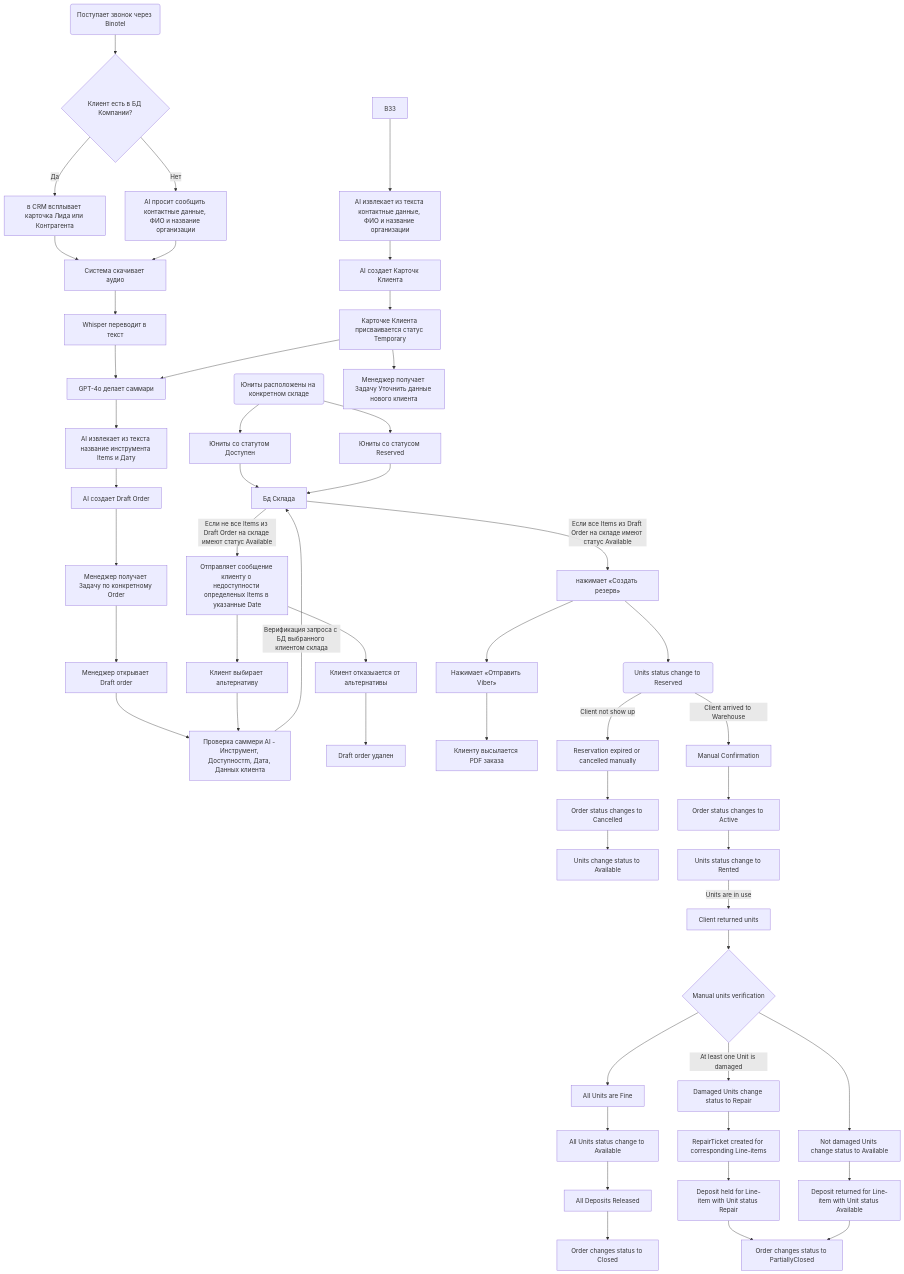
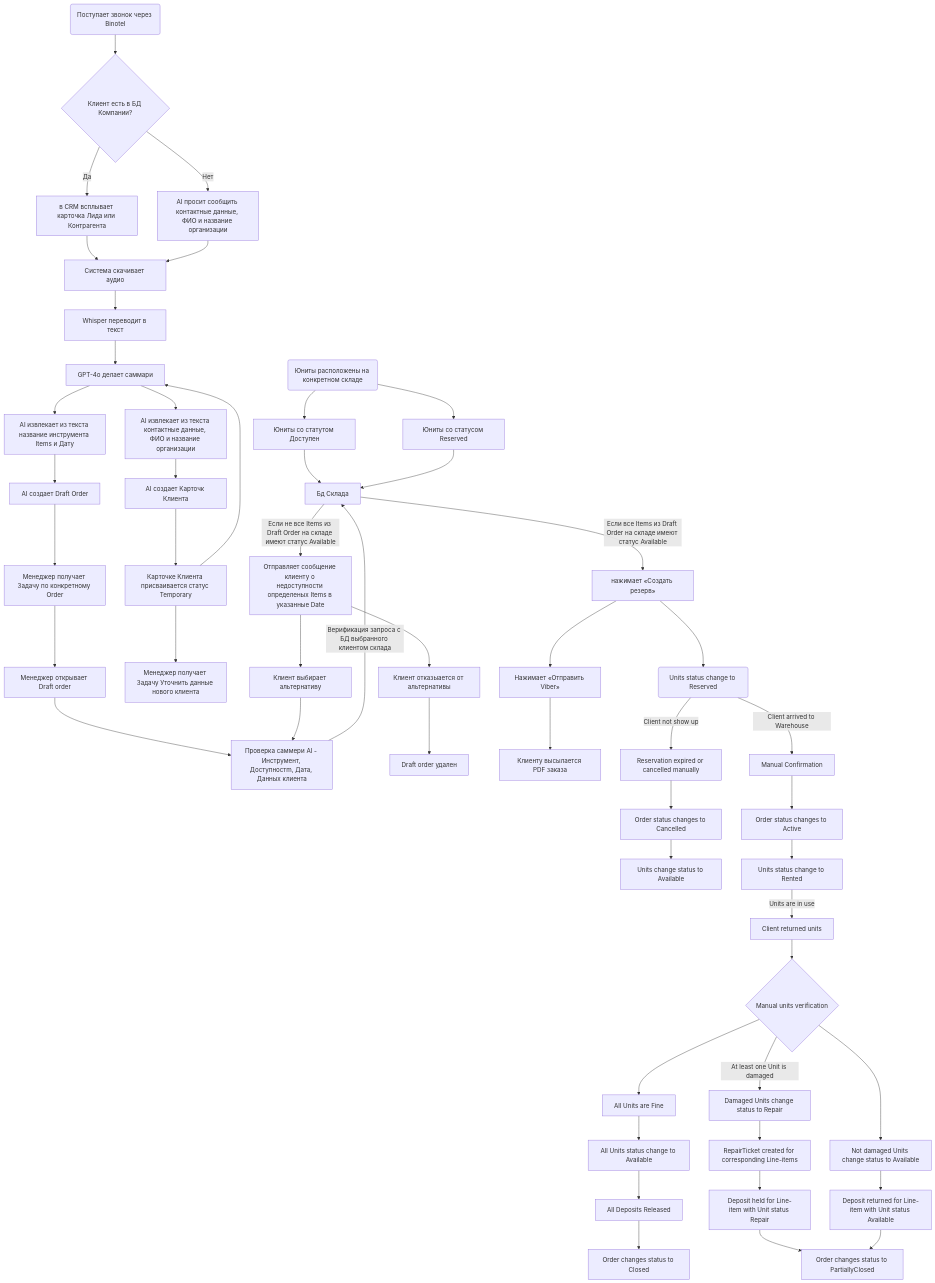
The diagram in Flowchart1.md (Diamko94/rentals1), drawn with Mermaid before and after one commit.

````diff
--- a/Flowchart1.md
+++ b/Flowchart1.md
@@ -1,75 +1,75 @@
 ```mermaid
 flowchart TD
     
     %% Юниты на складе
     A1(Юниты расположены на конкретном складе) --> A2[Юниты со статутом Доступен]
     A1 --> A3[Юниты со статусом Reserved]
     A2 --> A4[БД Склада]
     A3 --> A4[Бд Склада]
   
     %% Звонок
     B1(Поступает звонок через Binotel) --> F0{Клиент есть в БД Компании?}
     F0 -->|Да| B2[в CRM всплывает карточка Лида или Контрагента]
     F0 -->|Нет| B21[AI просит сообщить контактные данные, ФИО и название организации]
 
     %% AI-обработка действующего клиента
     B2 --> B3[Система скачивает аудио]
     B21 --> B3
     B3 --> B4[Whisper переводит в текст]
     B4 --> B5[GPT-4o делает саммари]
     
 
     %% Создание Карточки клиента 
-    B33 --> B34[AI извлекает из текста контактные данные, ФИО и название организации]
+    B5 --> B34[AI извлекает из текста контактные данные, ФИО и название организации]
     B34 --> B35[AI создает Карточк Клиента]
     B35 --> B36[Карточке Клиента присваивается статус Temporary]
     B36 --> 
 
 
     %% Создание Order Draft
     B5 --> B6[AI извлекает из текста название инструмента Items и Дату]
     B6 --> B7[AI создает Draft Order]
 
     %% Сотрудник
     B7 --> C0[Менеджер получает Задачу по конкретному Order]
     C0 --> C1[Менеджер открывает Draft order]
     C1 --> C2[Проверка саммери AI - Инструмент, Доступностm, Дата, Данных клиента]
     C2 --> |Верификация запроса с БД выбранного клиентом склада| A4[Бд Склада]
     A4 --> |Если все Items из Draft Order на складе имеют статус Available| D1[нажимает «Создать резерв»]
     A4 --> |Если не все Items из Draft Order на складе имеют статус Available| D2[Отправляет сообщение клиенту о недоступности определеных Items в указанные Date]
     B36 --> C01[Менеджер получает Задачу Уточнить данные нового клиента]
     
     %% Подтверждение
     D2 --> E1[Клиент выбирает альтернативу]
     E1 --> C2
     D2 --> E2[Клиент отказыается от альтернативы]
     E2 --> E3[Draft order удален]
     D1 --> D3[Нажимает «Отправить Viber»]
     D3 --> D4[Клиенту высылается PDF заказа] 
     D1 --> B(Units status change to Reserved)
 
     %% Выдача
     B --> |Client arrived to Warehouse| I[Manual Confirmation]
     B --> |Client not show up| E[Reservation expired or cancelled manually]
     E --> F[Order status changes to Cancelled]
     I --> J[Order status changes to Active]
     F --> C[Units change status to Available]
     J --> X[Units status change to Rented]
 
     %% Возврат
     X --> |Units are in use| K[Client returned units]
     K --> L{Manual units verification}
     L --> M[All Units are Fine] 
     M --> N[All Units status change to Available]
     L -->|At least one Unit is damaged| P[Damaged Units change status to Repair]
     P --> R[RepairTicket created for corresponding Line-items]
     L --> T[Not damaged Units change status to Available]
 
     %% Расчет
     N --> Q[All Deposits Released]
     Q --> V[Order changes status to Closed]
     R --> S[Deposit held for Line-item with Unit status Repair]
     T --> U[Deposit returned for Line-item with Unit status Available]
     S --> W[Order changes status to PartiallyClosed]
     U --> W[Order changes status to PartiallyClosed]
 ```
````
